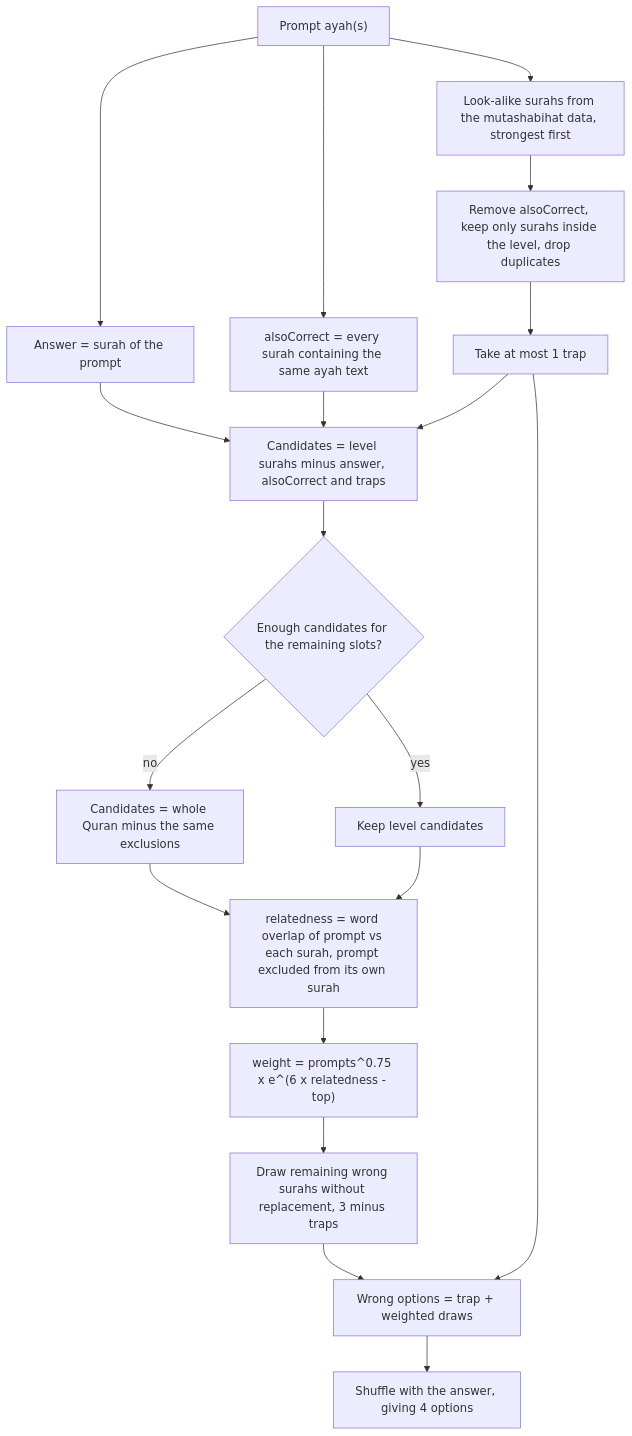
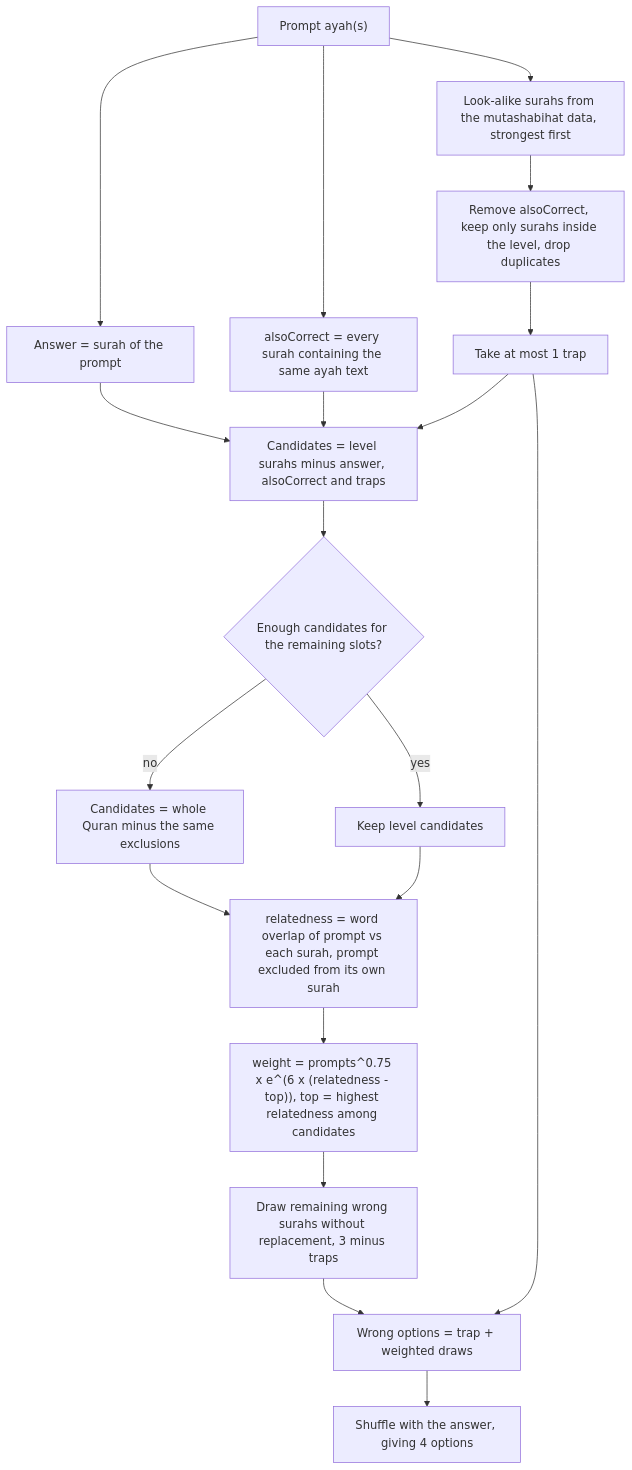
One commit to suft/hafiz changed the second of 6 diagrams in ALGORITHMS.md. Above: the diagram before and after it, drawn with Mermaid. The commit also changed other lines of this file and 1 other file, not shown here.

````diff
--- a/ALGORITHMS.md
+++ b/ALGORITHMS.md
@@ -34,21 +41,21 @@
 ```mermaid
 flowchart TD
     P["Prompt ayah(s)"] --> A["Answer = surah of the prompt"]
     P --> B["alsoCorrect = every surah containing the same ayah text"]
     P --> T["Look-alike surahs from the mutashabihat data, strongest first"]
     T --> T1["Remove alsoCorrect, keep only surahs inside the level, drop duplicates"]
     T1 --> T2["Take at most 1 trap"]
     A --> C["Candidates = level surahs minus answer, alsoCorrect and traps"]
     B --> C
     T2 --> C
     C --> D{"Enough candidates for the remaining slots?"}
     D -- no --> E["Candidates = whole Quran minus the same exclusions"]
     D -- yes --> F["Keep level candidates"]
     E --> G["relatedness = word overlap of prompt vs each surah, prompt excluded from its own surah"]
     F --> G
-    G --> H["weight = prompts^0.75 x e^(6 x relatedness - top)"]
+    G --> H["weight = prompts^0.75 x e^(6 x (relatedness - top)), top = highest relatedness among candidates"]
     H --> I["Draw remaining wrong surahs without replacement, 3 minus traps"]
     T2 --> J["Wrong options = trap + weighted draws"]
     I --> J
     J --> K["Shuffle with the answer, giving 4 options"]
 ```
````
